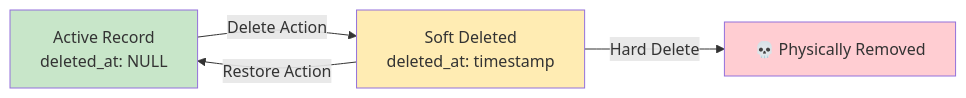
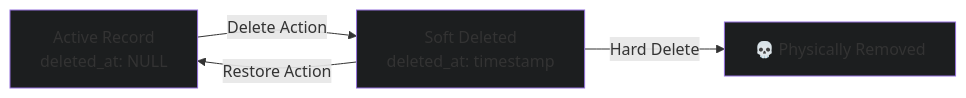
The tenth of 16 diagrams in docs/db/README.md (devmangel/webapp), drawn with Mermaid before and after one commit. The commit also changed other lines of this file and 1 other file, not shown here.

````diff
--- a/docs/db/README.md
+++ b/docs/db/README.md
@@ -553,10 +553,10 @@
 ```mermaid
 graph LR
     A[Active Record<br/>deleted_at: NULL] -->|Delete Action| B[Soft Deleted<br/>deleted_at: timestamp]
     B -->|Restore Action| A
     B -->|Hard Delete| C[💀 Physically Removed]
     
-    style A fill:#c8e6c9
-    style B fill:#ffecb3
-    style C fill:#ffcdd2
+    style A fill:#1c1e1f
+    style B fill:#1c1e1f
+    style C fill:#1c1e1f
 ```
````
